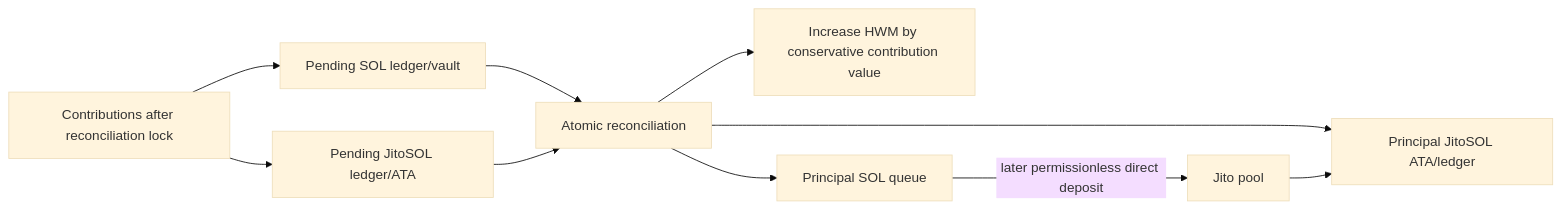
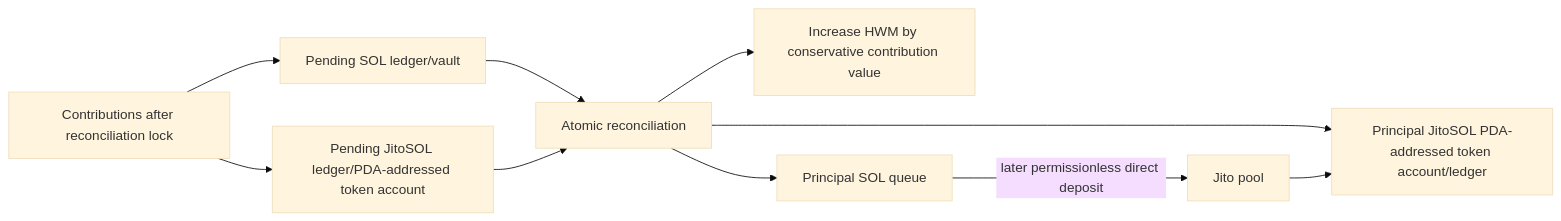
The eighth of 8 diagrams in docs/PHASE_0_VALIDATION_REPORT.md (HoldTheFuckingPosition/PIV1), drawn with Mermaid (base theme) before and after one commit. The commit also changed other lines of this file, not shown here.

Commit message:
docs: correct JitoSOL vault PDA topology

```diff
--- a/docs/PHASE_0_VALIDATION_REPORT.md
+++ b/docs/PHASE_0_VALIDATION_REPORT.md
@@ -412,12 +433,12 @@
 ~~~mermaid
 flowchart LR
     PS[Pending SOL ledger/vault] --> R[Atomic reconciliation]
-    PJ[Pending JitoSOL ledger/ATA] --> R
+    PJ[Pending JitoSOL ledger/PDA-addressed token account] --> R
     R --> H[Increase HWM by conservative contribution value]
     R --> QS[Principal SOL queue]
-    R --> QJ[Principal JitoSOL ATA/ledger]
+    R --> QJ[Principal JitoSOL PDA-addressed token account/ledger]
     QS -->|later permissionless direct deposit| J[Jito pool]
     J --> QJ
     N[Contributions after reconciliation lock] --> PS
     N --> PJ
 ~~~
```
